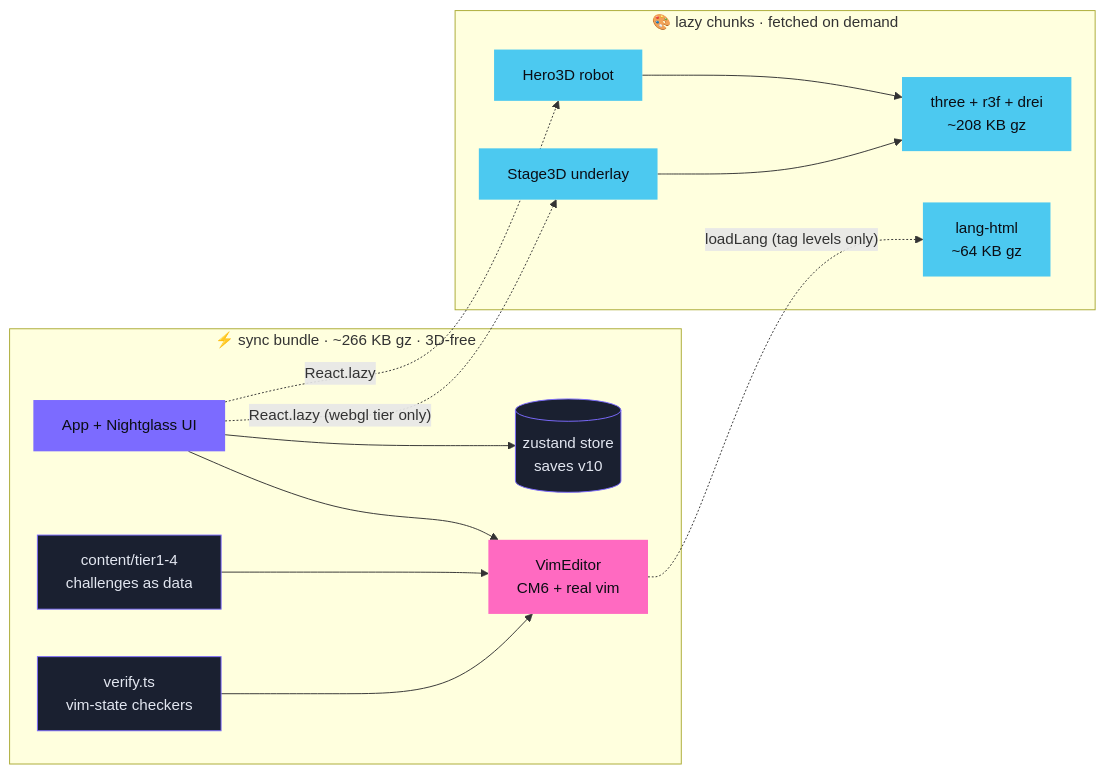
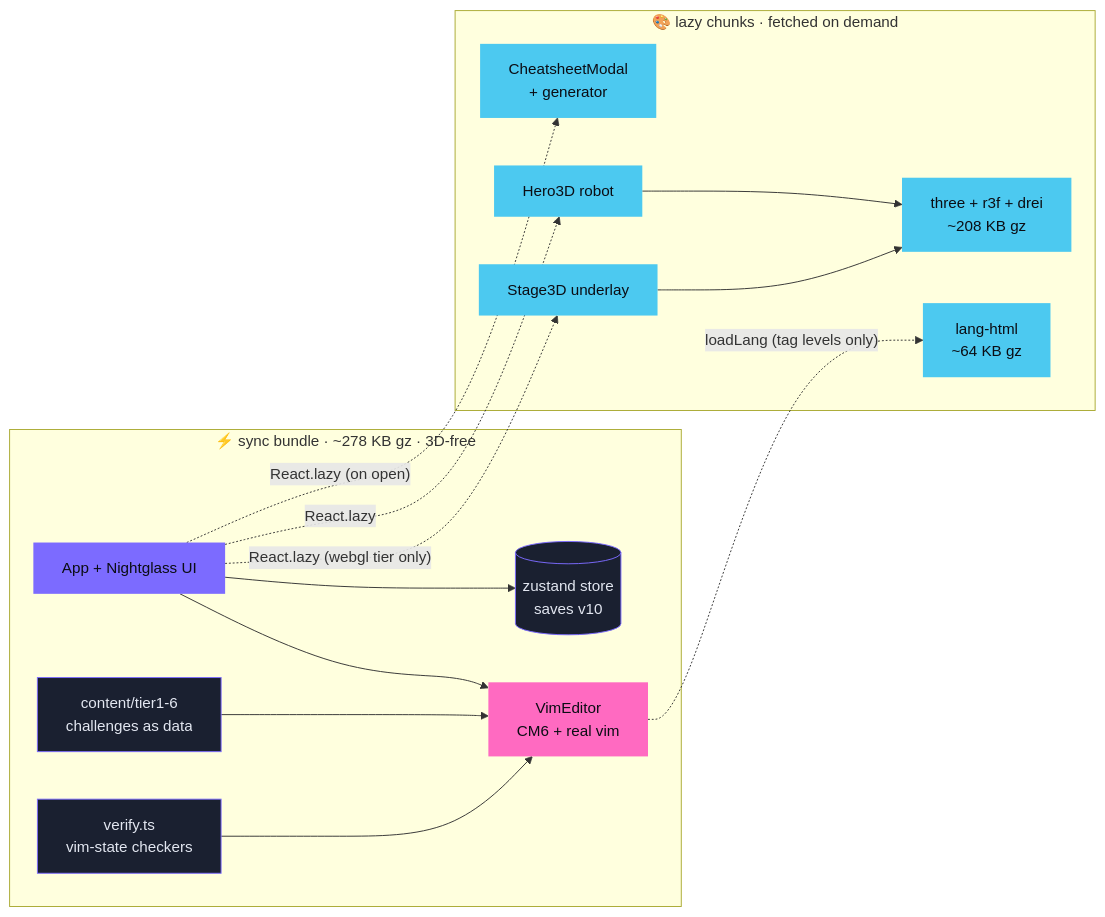
One commit to Zeecka/Vimersion changed the diagram in README.md. Above: the diagram before and after it, drawn with Mermaid. The commit also changed other lines of this file and 2 other files, not shown here.

First line of the commit message:
docs: all six worlds complete + cheatsheet & in-play controls

````diff
--- a/README.md
+++ b/README.md
@@ -152,30 +156,32 @@
 ```mermaid
 flowchart LR
-    subgraph SYNC["⚡ sync bundle · ~266 KB gz · 3D-free"]
+    subgraph SYNC["⚡ sync bundle · ~278 KB gz · 3D-free"]
         APP[App + Nightglass UI]:::ui
         ED[VimEditor<br>CM6 + real vim]:::core
-        CT[content/tier1-4<br>challenges as data]:::data
+        CT[content/tier1-6<br>challenges as data]:::data
         VF[verify.ts<br>vim-state checkers]:::data
         ST[(zustand store<br>saves v10)]:::data
         CT --> ED
         VF --> ED
         APP --> ED
         APP --> ST
     end
     subgraph LAZY["🎨 lazy chunks · fetched on demand"]
         S3[Stage3D underlay]:::three
         H3[Hero3D robot]:::three
         TH[three + r3f + drei<br>~208 KB gz]:::three
         LH[lang-html<br>~64 KB gz]:::three
+        CS[CheatsheetModal<br>+ generator]:::three
         S3 --> TH
         H3 --> TH
     end
     APP -. "React.lazy (webgl tier only)" .-> S3
     APP -. "React.lazy" .-> H3
+    APP -. "React.lazy (on open)" .-> CS
     ED -. "loadLang (tag levels only)" .-> LH
 
     classDef ui fill:#7c6bff,color:#0b0d14,stroke:none
     classDef core fill:#ff6ac1,color:#0b0d14,stroke:none
     classDef data fill:#1a2030,color:#e2e6f0,stroke:#7c6bff
     classDef three fill:#4cc9f0,color:#0b0d14,stroke:none
 ```
````
